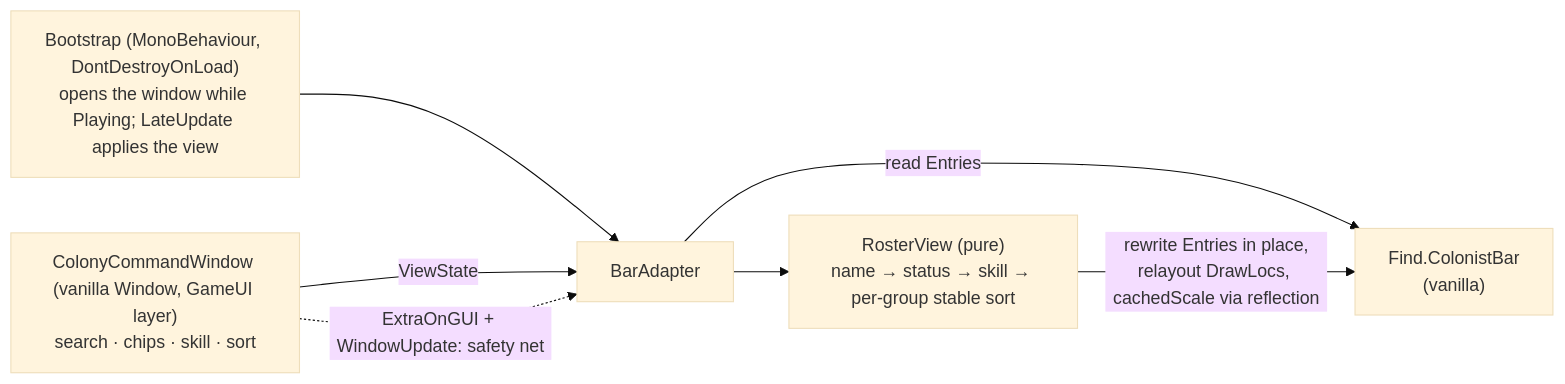
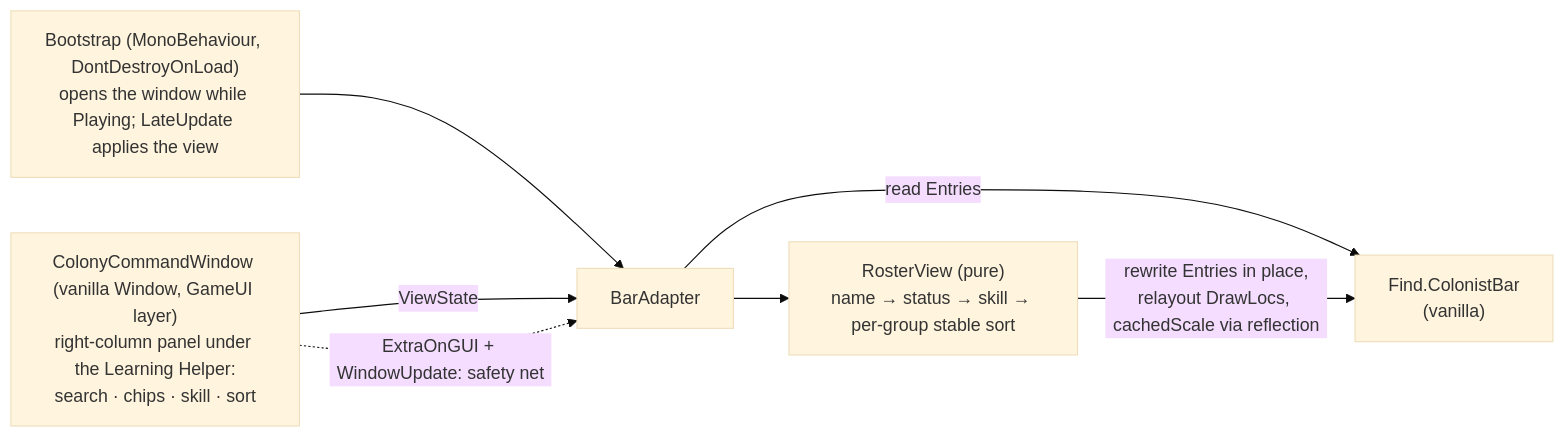
The diagram in AGENTS.md (jtj9817/ColonyCommand), drawn with Mermaid (base theme) before and after one commit. The commit also changed other lines of this file and 17 other files, not shown here.

````diff
--- a/AGENTS.md
+++ b/AGENTS.md
@@ -26,9 +28,9 @@
 ```mermaid
 flowchart LR
     boot["Bootstrap (MonoBehaviour, DontDestroyOnLoad)<br/>opens the window while Playing; LateUpdate applies the view"] --> adapter
-    win["ColonyCommandWindow (vanilla Window, GameUI layer)<br/>search · chips · skill · sort"] -->|ViewState| adapter
+    win["ColonyCommandWindow (vanilla Window, GameUI layer)<br/>right-column panel under the Learning Helper:<br/>search · chips · skill · sort"] -->|ViewState| adapter
     win -.->|ExtraOnGUI + WindowUpdate: safety net| adapter
     adapter["BarAdapter"] -->|read Entries| bar["Find.ColonistBar<br/>(vanilla)"]
     adapter --> view["RosterView (pure)<br/>name → status → skill → per-group stable sort"]
     view -->|rewrite Entries in place,<br/>relayout DrawLocs, cachedScale via reflection| bar
 ```
````
